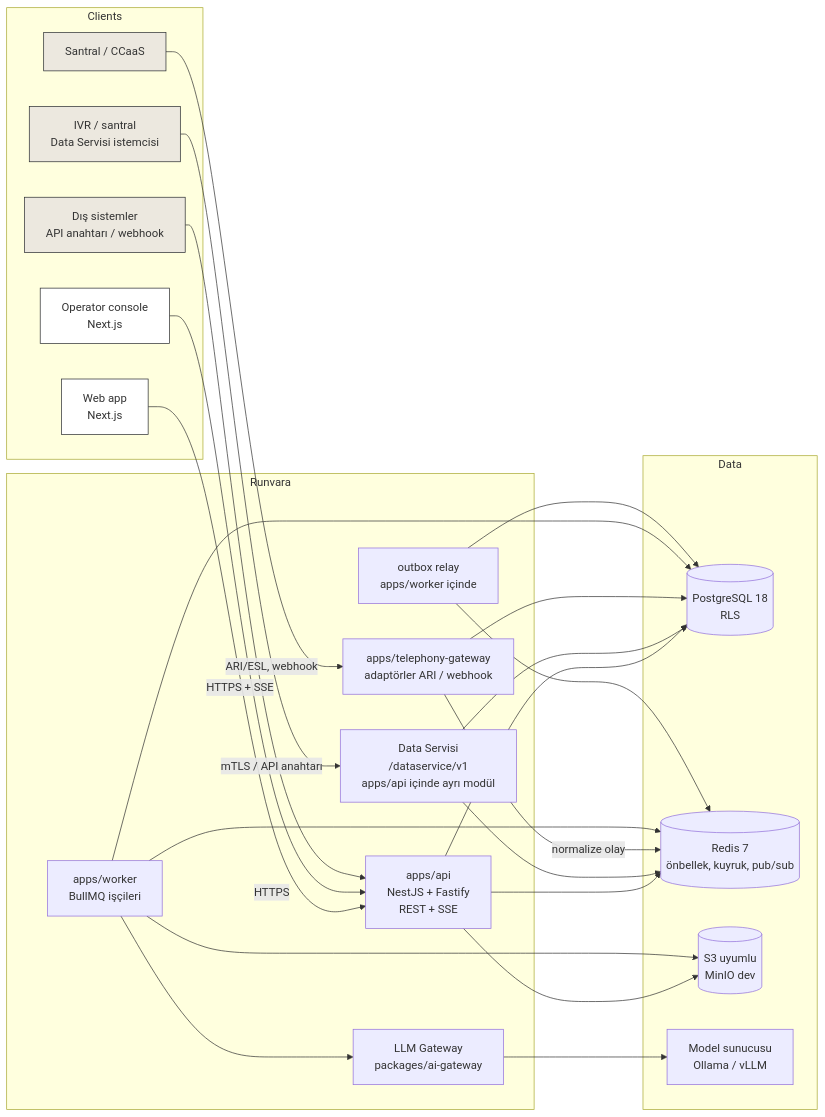
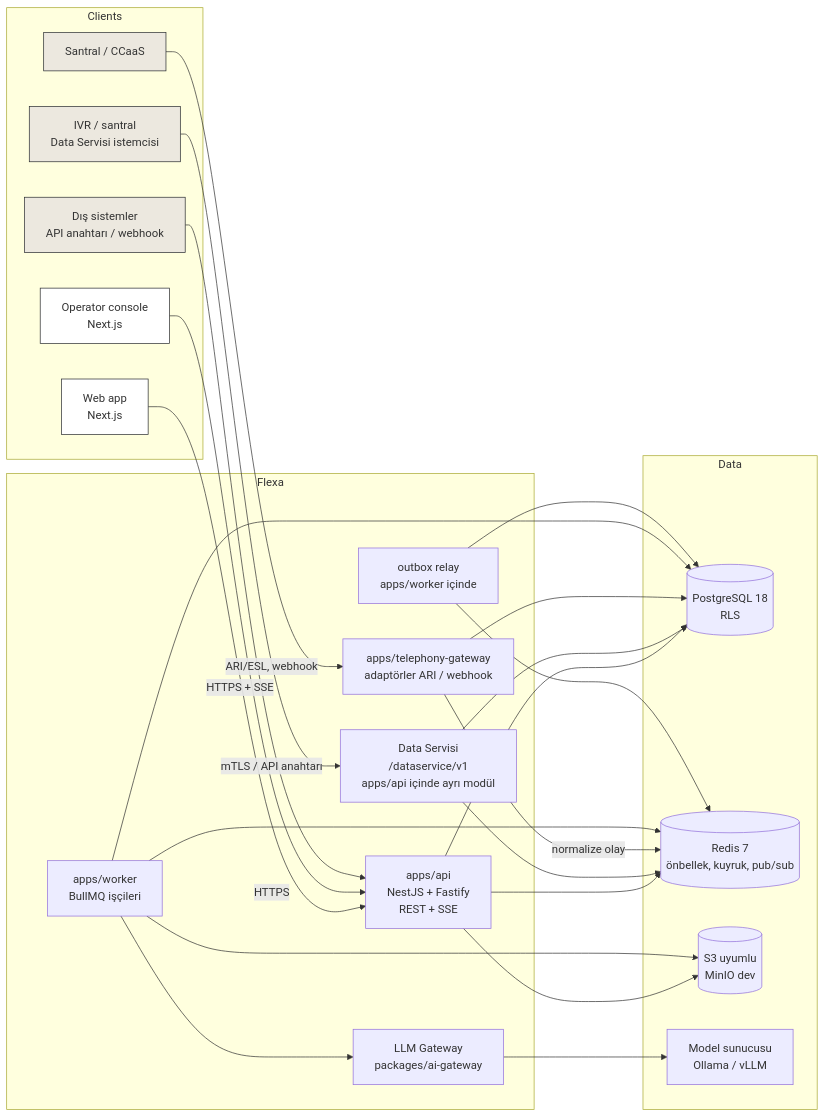
The first of 2 diagrams in docs/architecture.md (sukruertem-dev/Runvara-CRM), drawn with Mermaid before and after one commit. The commit also changed other lines of this file and 169 other files, not shown here.

First line of the commit message:
feat(p2): task core + rebrand Runvara -> Flexa

````diff
--- a/docs/architecture.md
+++ b/docs/architecture.md
@@ -8,38 +8,38 @@
 ```mermaid
 flowchart LR
   subgraph Clients
     W[Web app<br/>Next.js]:::c
     O[Operator console<br/>Next.js]:::c
     PBX[Santral / CCaaS]:::x
     IVR[IVR / santral<br/>Data Servisi istemcisi]:::x
     EXT[Dış sistemler<br/>API anahtarı / webhook]:::x
   end
-  subgraph Runvara
+  subgraph Flexa
     API[apps/api<br/>NestJS + Fastify<br/>REST + SSE]
     DS[Data Servisi<br/>/dataservice/v1<br/>apps/api içinde ayrı modül]
     TG[apps/telephony-gateway<br/>adaptörler ARI / webhook]
     WK[apps/worker<br/>BullMQ işçileri]
     RL[outbox relay<br/>apps/worker içinde]
     AI[LLM Gateway<br/>packages/ai-gateway]
   end
   subgraph Data
     PG[(PostgreSQL 18<br/>RLS)]
     RD[(Redis 7<br/>önbellek, kuyruk, pub/sub)]
     S3[(S3 uyumlu<br/>MinIO dev)]
     MS[Model sunucusu<br/>Ollama / vLLM]
   end
   W -->|HTTPS + SSE| API
   O -->|HTTPS| API
   PBX -->|ARI/ESL, webhook| TG
   IVR -->|mTLS / API anahtarı| DS
   EXT --> API
   API --> PG & RD & S3
   DS --> PG & RD
   TG -->|normalize olay| RD
   TG --> PG
   WK --> PG & RD & S3
   RL --> PG & RD
   WK --> AI --> MS
   classDef c fill:#fff,stroke:#2B2D31
   classDef x fill:#ECE8DF,stroke:#2B2D31
 ```
````
